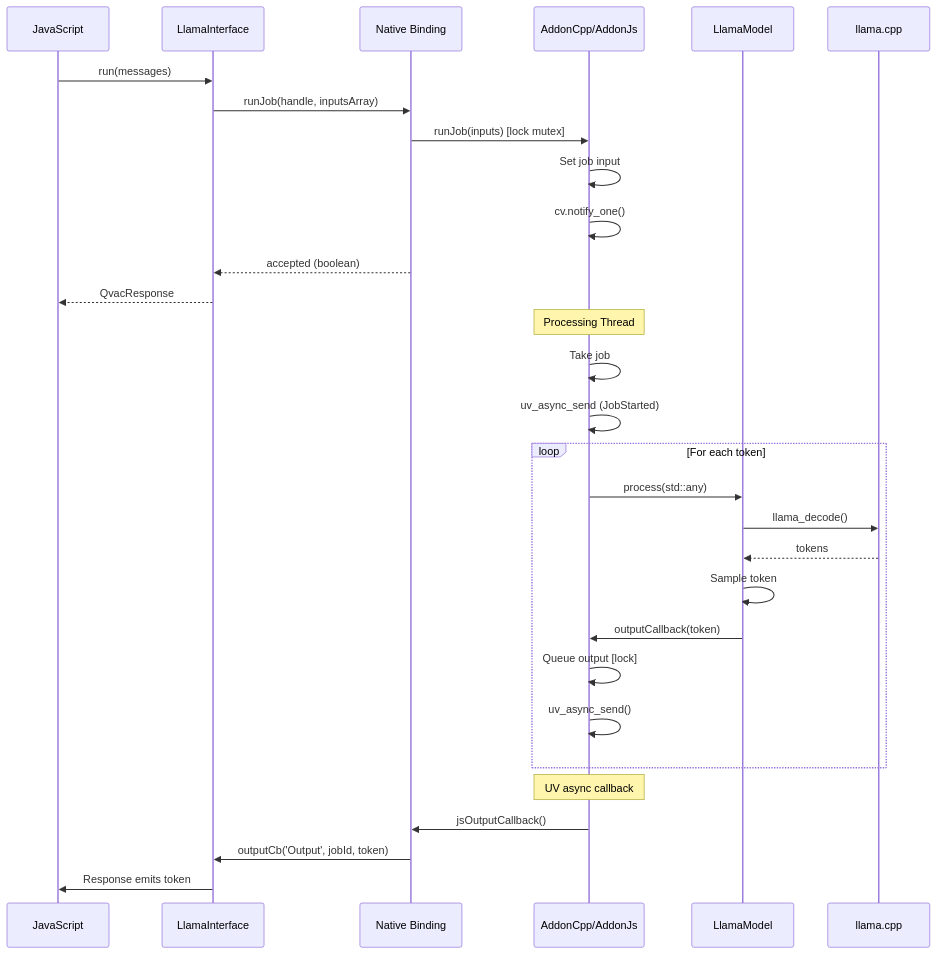
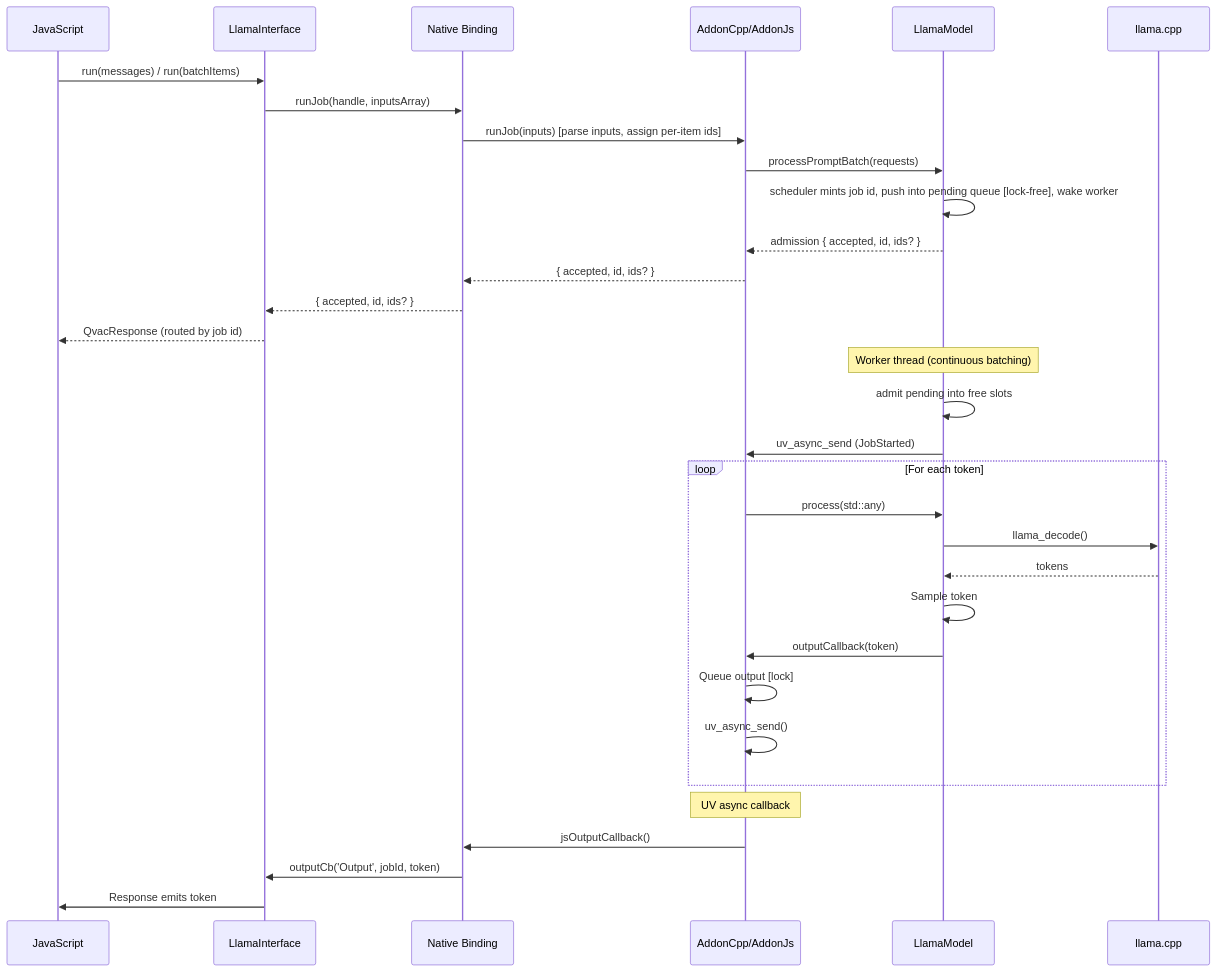
The fourth of 4 diagrams in packages/llm-llamacpp/docs/architecture.md (tetherto/qvac), drawn with Mermaid before and after one commit. The commit also changed 1 other file, not shown here.

Commit message:
fix: doc review findings (Nidhin)

````diff
--- a/packages/llm-llamacpp/docs/architecture.md
+++ b/packages/llm-llamacpp/docs/architecture.md
@@ -486,36 +486,38 @@
 ```mermaid
 sequenceDiagram
     participant JS as JavaScript
     participant IF as LlamaInterface
     participant Bind as Native Binding
     participant Addon as AddonCpp/AddonJs
     participant Model as LlamaModel
     participant Llama as llama.cpp
     
-    JS->>IF: run(messages)
+    JS->>IF: run(messages) / run(batchItems)
     IF->>Bind: runJob(handle, inputsArray)
-    Bind->>Addon: runJob(inputs) [lock mutex]
-    Addon->>Addon: Set job input
-    Addon->>Addon: cv.notify_one()
-    Bind-->>IF: accepted (boolean)
-    IF-->>JS: QvacResponse
+    Bind->>Addon: runJob(inputs) [parse inputs, assign per-item ids]
+    Addon->>Model: processPromptBatch(requests)
+    Model->>Model: scheduler mints job id, push into pending queue [lock-free], wake worker
+    Model-->>Addon: admission { accepted, id, ids? }
+    Addon-->>Bind: { accepted, id, ids? }
+    Bind-->>IF: { accepted, id, ids? }
+    IF-->>JS: QvacResponse (routed by job id)
     
-    Note over Addon: Processing Thread
-    Addon->>Addon: Take job
-    Addon->>Addon: uv_async_send (JobStarted)
+    Note over Model: Worker thread (continuous batching)
+    Model->>Model: admit pending into free slots
+    Model->>Addon: uv_async_send (JobStarted)
     
     loop For each token
         Addon->>Model: process(std::any)
         Model->>Llama: llama_decode()
         Llama-->>Model: tokens
         Model->>Model: Sample token
         Model->>Addon: outputCallback(token)
         Addon->>Addon: Queue output [lock]
         Addon->>Addon: uv_async_send()
     end
     
     Note over Addon: UV async callback
     Addon->>Bind: jsOutputCallback()
     Bind->>IF: outputCb('Output', jobId, token)
     IF->>JS: Response emits token
 ```
````
